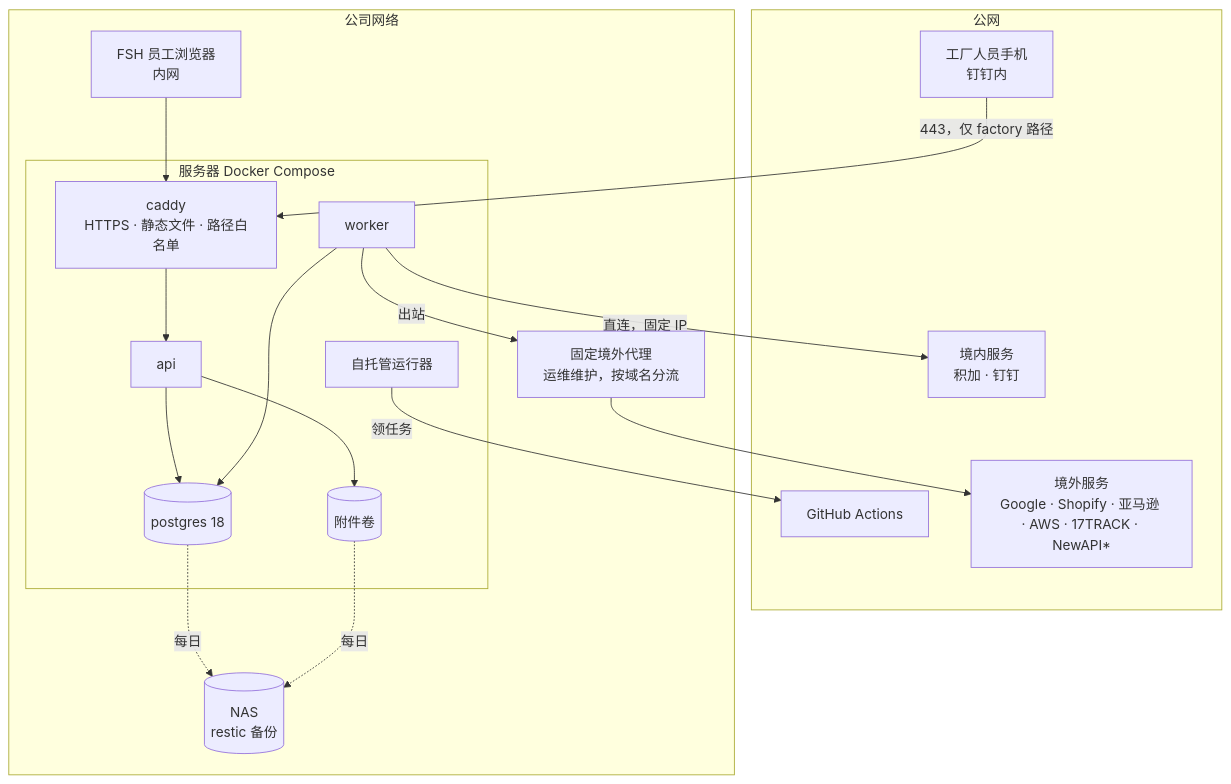
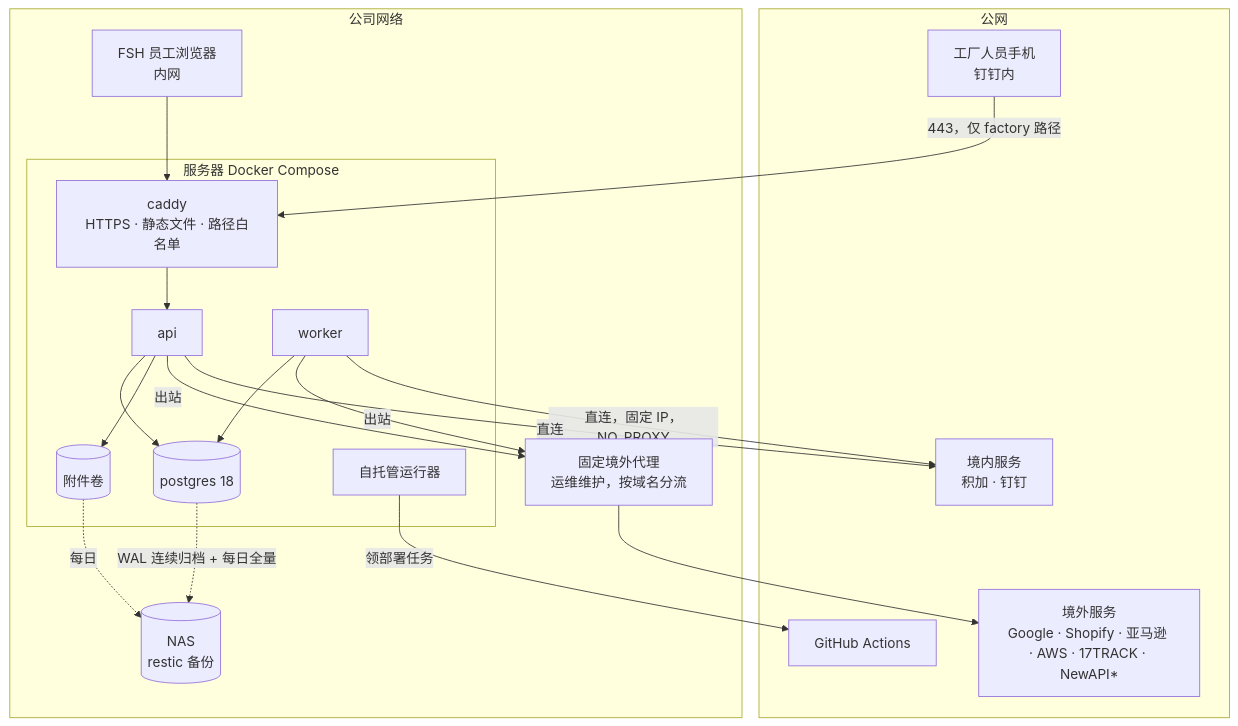
One commit to Forcome-Database/ForcomeSupport changed the second of 2 diagrams in docs/技术方案.md. Above: the diagram before and after it, drawn with Mermaid. The commit also changed other lines of this file and 25 other files, not shown here.

````diff
--- a/docs/技术方案.md
+++ b/docs/技术方案.md
@@ -74,33 +76,35 @@
 ```mermaid
 flowchart TB
   subgraph 公网
     Phone[工厂人员手机<br/>钉钉内]
     GH[GitHub Actions]
     Ext[境外服务<br/>Google · Shopify · 亚马逊 · AWS · 17TRACK · NewAPI*]
     CN[境内服务<br/>积加 · 钉钉]
   end
   subgraph 公司网络
     Proxy[固定境外代理<br/>运维维护，按域名分流]
     subgraph 服务器 Docker Compose
       Caddy[caddy<br/>HTTPS · 静态文件 · 路径白名单]
       API[api]
       W[worker]
       PG[(postgres 18)]
       Vol[(附件卷)]
       Runner[自托管运行器]
     end
     NAS[(NAS<br/>restic 备份)]
     Staff[FSH 员工浏览器<br/>内网]
   end
   Phone -- 443，仅 factory 路径 --> Caddy
   Staff --> Caddy
   Caddy --> API
   API --> PG
   W --> PG
   API --> Vol
   W -- 出站 --> Proxy --> Ext
-  W -- 直连，固定 IP --> CN
-  Runner -- 领任务 --> GH
-  PG -. 每日 .-> NAS
+  API -- 出站 --> Proxy
+  W -- 直连，固定 IP，NO_PROXY --> CN
+  API -- 直连 --> CN
+  Runner -- 领部署任务 --> GH
+  PG -. WAL 连续归档 + 每日全量 .-> NAS
   Vol -. 每日 .-> NAS
 ```
````
